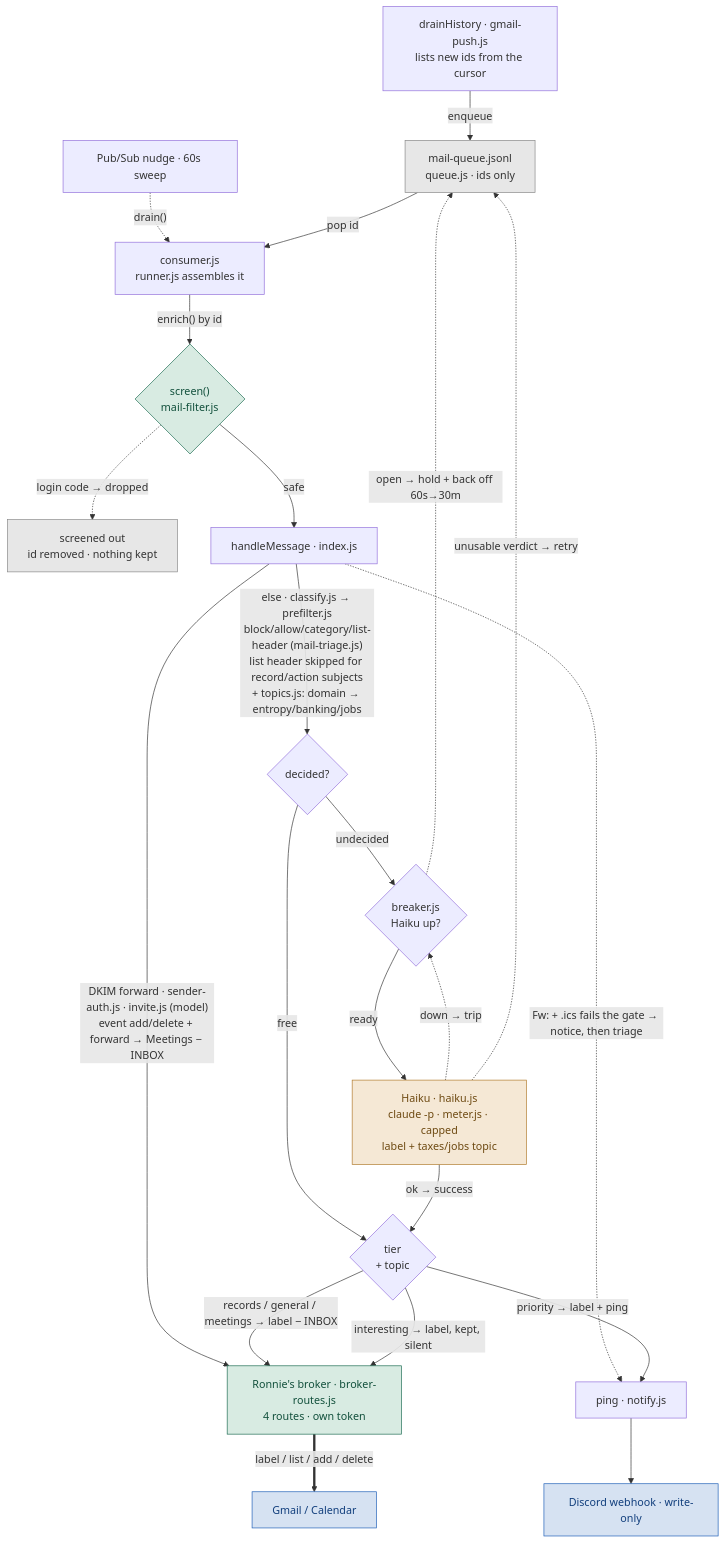
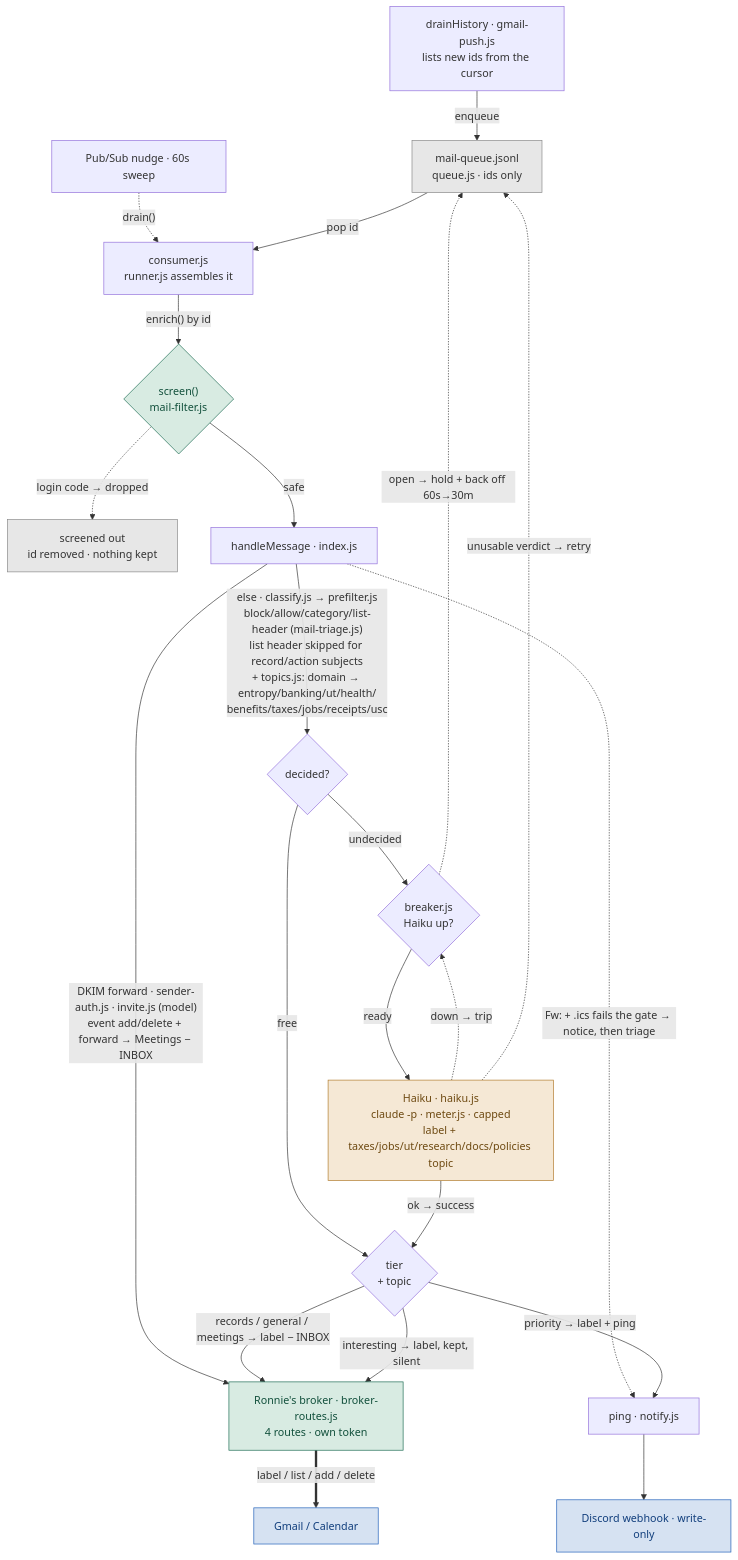
The third of 6 diagrams in SYSTEM-MAP.md (KubaJerz/alfred-node), drawn with Mermaid before and after one commit. The commit also changed other lines of this file and 12 other files, not shown here.

First line of the commit message:
feat: add eight Ronnie topics and per-tier topic lists

````diff
--- a/SYSTEM-MAP.md
+++ b/SYSTEM-MAP.md
@@ -180,33 +180,33 @@
 ```mermaid
 flowchart TD
     D["drainHistory · gmail-push.js<br/>lists new ids from the cursor"] -->|"enqueue"| Q["mail-queue.jsonl<br/>queue.js · ids only"]
     T["Pub/Sub nudge · 60s sweep"] -.->|"drain()"| C
     Q -->|"pop id"| C["consumer.js<br/>runner.js assembles it"]
     C -->|"enrich() by id"| SC{"screen()<br/>mail-filter.js"}
     SC -.->|"login code → dropped"| X["screened out<br/>id removed · nothing kept"]
     SC -->|"safe"| H["handleMessage · index.js"]
     H -->|"DKIM forward · sender-auth.js · invite.js (model)<br/>event add/delete + forward → Meetings − INBOX"| RBR
     H -.->|"Fw: + .ics fails the gate → notice, then triage"| PING
-    H -->|"else · classify.js → prefilter.js<br/>block/allow/category/list-header (mail-triage.js)<br/>list header skipped for record/action subjects<br/>+ topics.js: domain → entropy/banking/jobs"| PF{"decided?"}
+    H -->|"else · classify.js → prefilter.js<br/>block/allow/category/list-header (mail-triage.js)<br/>list header skipped for record/action subjects<br/>+ topics.js: domain → entropy/banking/ut/health/<br/>benefits/taxes/jobs/receipts/usc"| PF{"decided?"}
     PF -->|"free"| ACT
     PF -->|"undecided"| BR{"breaker.js<br/>Haiku up?"}
-    BR -->|"ready"| HK["Haiku · haiku.js<br/>claude -p · meter.js · capped<br/>label + taxes/jobs topic"]
+    BR -->|"ready"| HK["Haiku · haiku.js<br/>claude -p · meter.js · capped<br/>label + taxes/jobs/ut/research/docs/policies topic"]
     BR -.->|"open → hold + back off 60s→30m"| Q
     HK -->|"ok → success"| ACT{"tier<br/>+ topic"}
     HK -.->|"down → trip"| BR
     HK -.->|"unusable verdict → retry"| Q
     ACT -->|"records / general / meetings → label − INBOX"| RBR
     ACT -->|"interesting → label, kept, silent"| RBR
     ACT -->|"priority → label + ping"| PING["ping · notify.js"]
     RBR["Ronnie's broker · broker-routes.js<br/>4 routes · own token"] ==>|"label / list / add / delete"| GM["Gmail / Calendar"]
     PING --> DIS["Discord webhook · write-only"]
 
     classDef external fill:#d6e2f2,stroke:#1f5fb8,color:#123f7d
     classDef gateway fill:#d8ebe2,stroke:#1b6b52,color:#12503c
     classDef agent fill:#f5e8d5,stroke:#b07a2a,color:#6e4a12
     classDef store fill:#e7e7e7,stroke:#888,color:#333
     class GM,DIS external
     class SC,RBR gateway
     class HK agent
     class Q,X store
 ```
````
